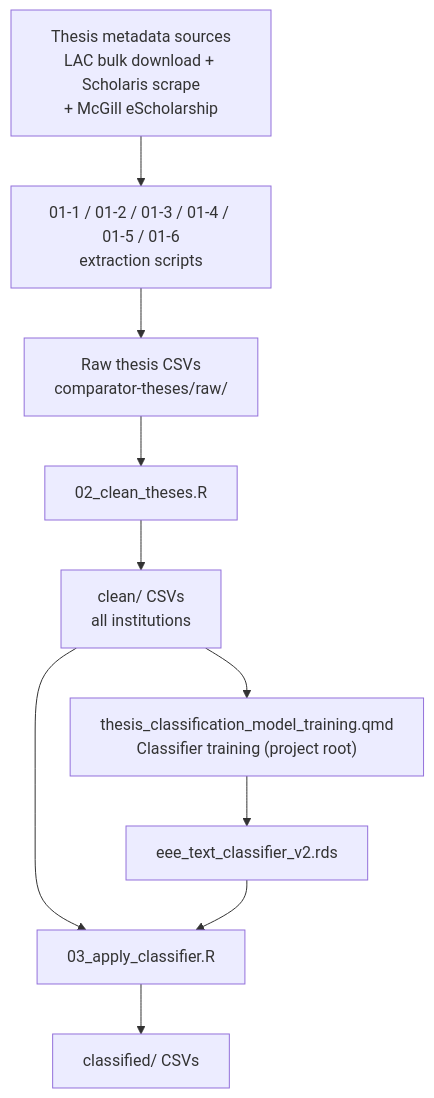
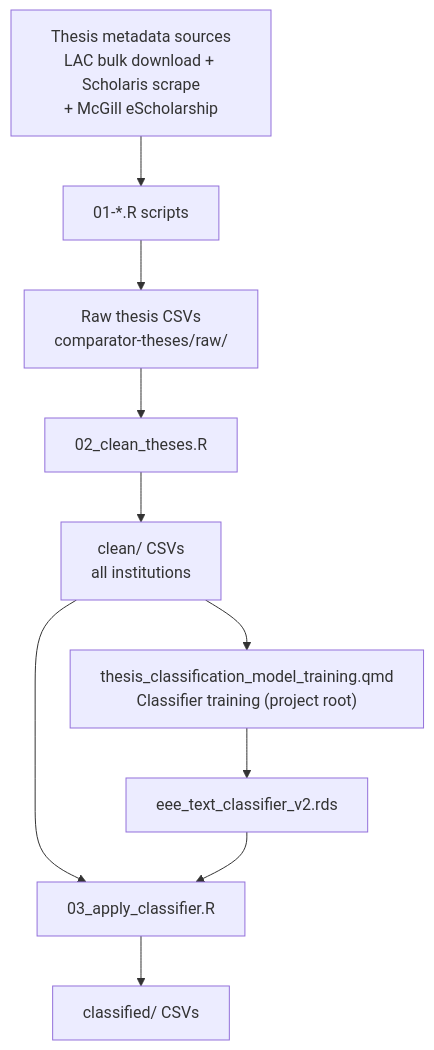
Before and after one commit to pitherj/LDP_thesis_classification: the diagram in README.md, drawn with Mermaid.

````diff
--- a/README.md
+++ b/README.md
@@ -31,18 +31,18 @@
 ```mermaid
 flowchart TD
     F["Thesis metadata sources\nLAC bulk download + Scholaris scrape\n+ McGill eScholarship"]
-    G["01-1 / 01-2 / 01-3 / 01-4 / 01-5 / 01-6\nextraction scripts"]
+    G["01-*.R scripts"]
     H["Raw thesis CSVs\ncomparator-theses/raw/"]
     I["02_clean_theses.R"]
     J["clean/ CSVs\nall institutions"]
 
     K["thesis_classification_model_training.qmd\nClassifier training (project root)"]
     L["eee_text_classifier_v2.rds"]
     M["03_apply_classifier.R"]
     N["classified/ CSVs"]
 
     F --> G --> H --> I --> J
     J --> K --> L
     J --> M
     L --> M --> N
 ```
````
